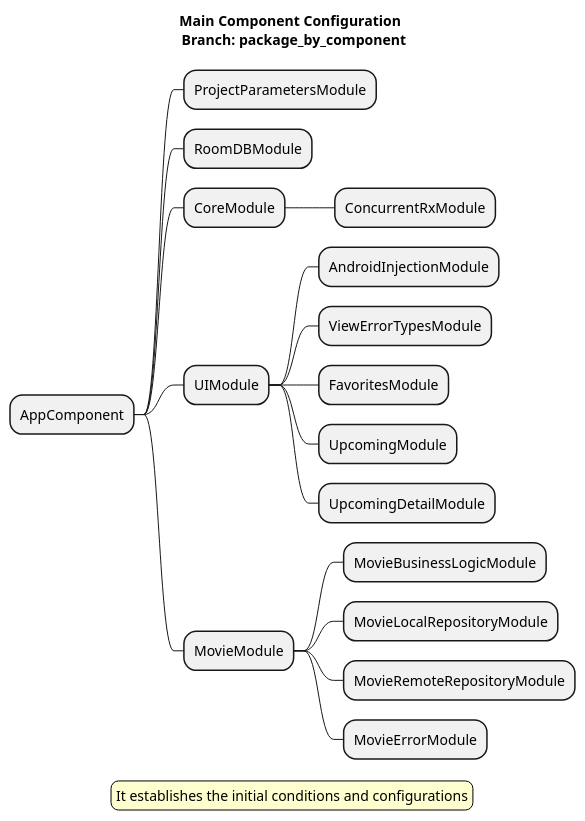
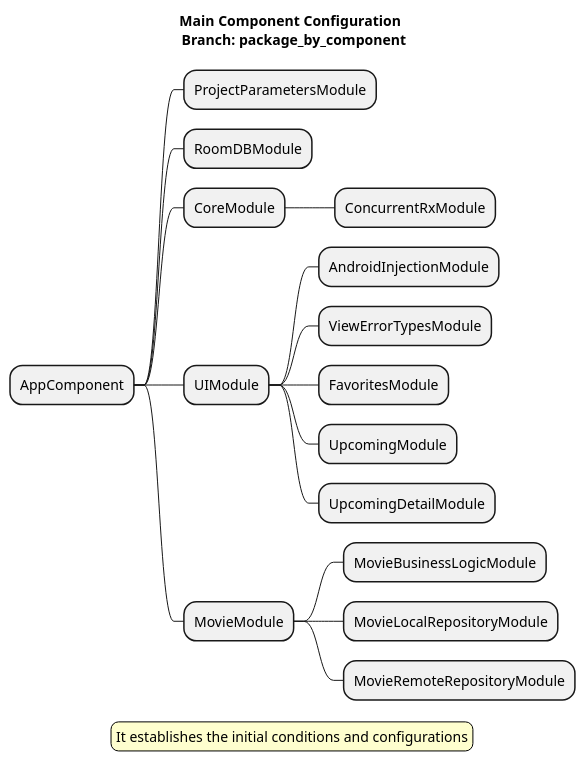
Before and after one commit to vanskarner/CleanMovie: the diagram in architecture_resources/branches/byComponent/MainComponentConfiguration.puml, drawn with PlantUML. The commit also changed 7 other files, not shown here.

Commit message:
updated diagrams

```diff
--- a/architecture_resources/branches/byComponent/MainComponentConfiguration.puml
+++ b/architecture_resources/branches/byComponent/MainComponentConfiguration.puml
@@ -1,26 +1,25 @@
 @startmindmap
 
 title Main Component Configuration \n Branch: package_by_component
 * AppComponent
 ** ProjectParametersModule
 ** RoomDBModule
 ** CoreModule
 *** ConcurrentRxModule
 ** UIModule
 *** AndroidInjectionModule
 *** ViewErrorTypesModule
 *** FavoritesModule
 *** UpcomingModule
 *** UpcomingDetailModule
 ** MovieModule
 *** MovieBusinessLogicModule
 *** MovieLocalRepositoryModule
 *** MovieRemoteRepositoryModule
-*** MovieErrorModule
 
 legend
 It establishes the initial conditions and configurations
 end legend
 
 skinparam legendBackgroundColor #FEFECE
 @endmindmap
```
